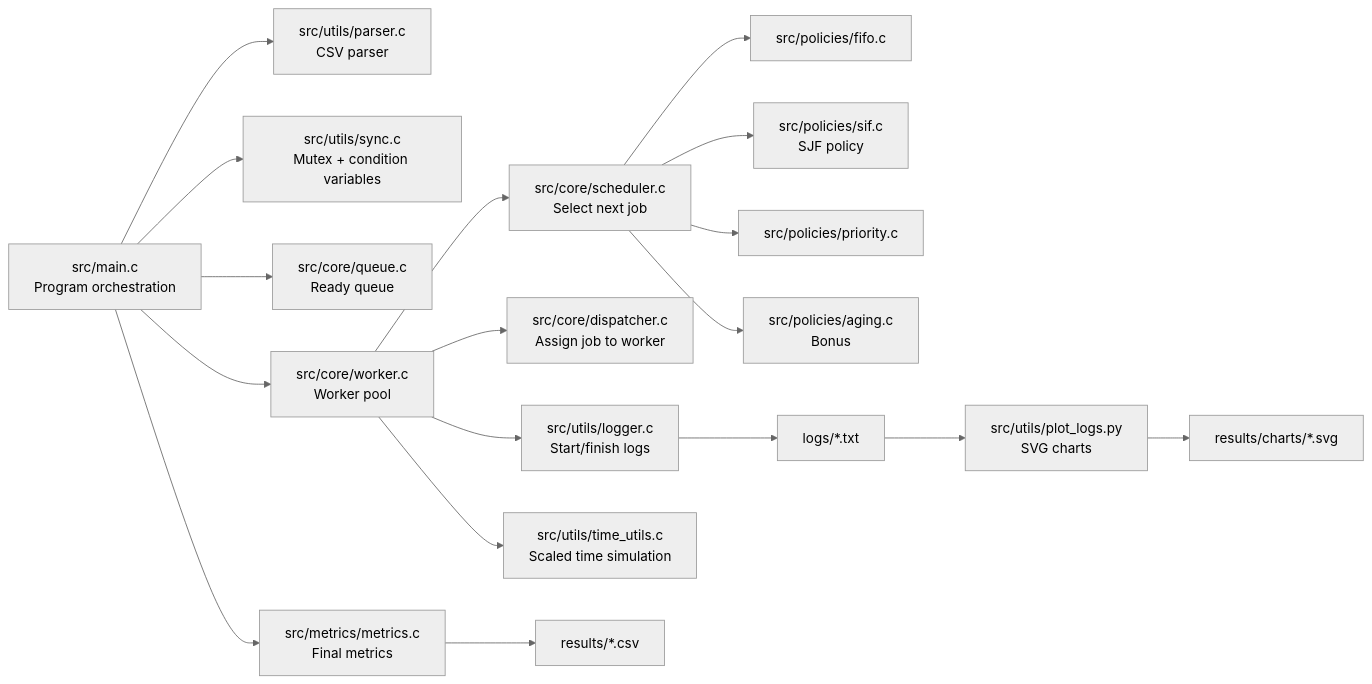
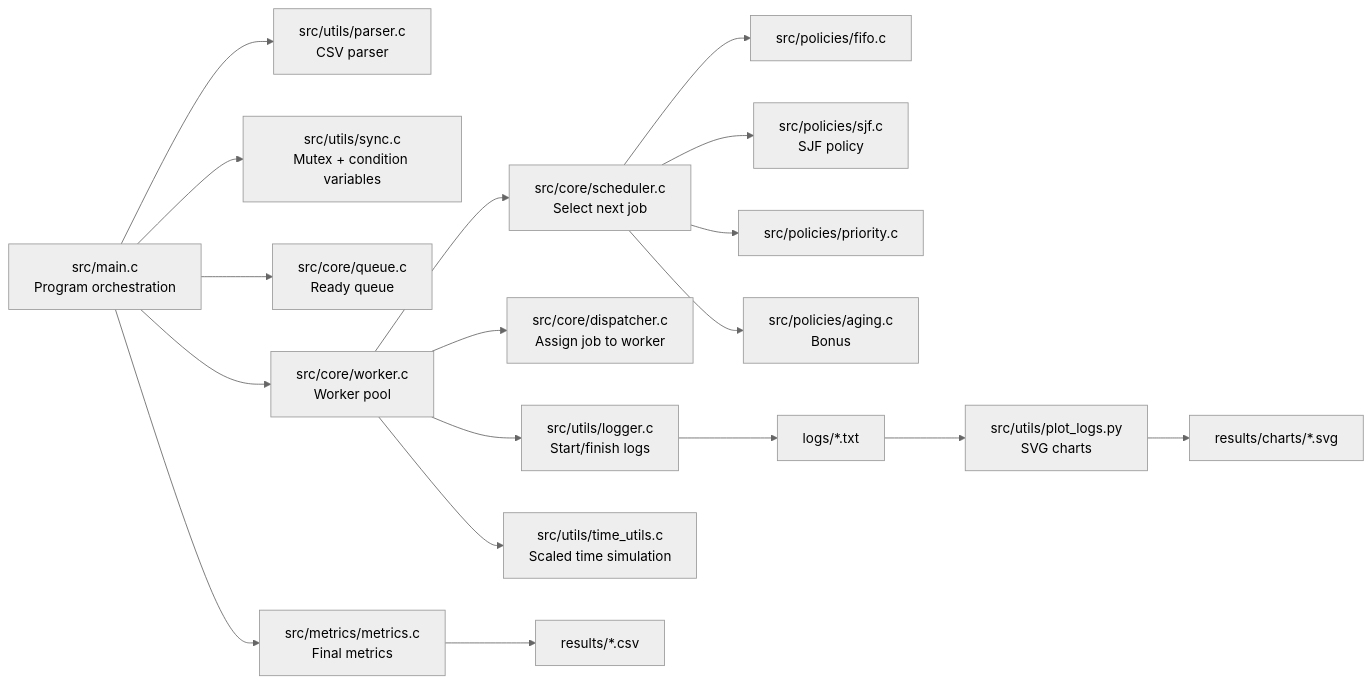
One commit to 5vibecoderhcmut/week_4_lab_OS changed the second of 5 diagrams in docs/project_workflow.md. Above: the diagram before and after it, drawn with Mermaid (neutral theme). The commit also changed 4 other files, not shown here.

Commit message:
Rename SJF policy source file

````diff
--- a/docs/project_workflow.md
+++ b/docs/project_workflow.md
@@ -41,23 +41,23 @@
 ```mermaid
 flowchart LR
     CLI["src/main.c<br/>Program orchestration"] --> Parser["src/utils/parser.c<br/>CSV parser"]
     CLI --> Sync["src/utils/sync.c<br/>Mutex + condition variables"]
     CLI --> Queue["src/core/queue.c<br/>Ready queue"]
     CLI --> Worker["src/core/worker.c<br/>Worker pool"]
     CLI --> Metrics["src/metrics/metrics.c<br/>Final metrics"]
 
     Worker --> Scheduler["src/core/scheduler.c<br/>Select next job"]
     Worker --> Dispatcher["src/core/dispatcher.c<br/>Assign job to worker"]
     Worker --> Logger["src/utils/logger.c<br/>Start/finish logs"]
     Worker --> Time["src/utils/time_utils.c<br/>Scaled time simulation"]
 
     Scheduler --> FIFO["src/policies/fifo.c"]
-    Scheduler --> SJF["src/policies/sif.c<br/>SJF policy"]
+    Scheduler --> SJF["src/policies/sjf.c<br/>SJF policy"]
     Scheduler --> Priority["src/policies/priority.c"]
     Scheduler --> Aging["src/policies/aging.c<br/>Bonus"]
 
     Logger --> Logs["logs/*.txt"]
     Metrics --> Summary["results/*.csv"]
     Logs --> Charts["src/utils/plot_logs.py<br/>SVG charts"]
     Charts --> ChartOut["results/charts/*.svg"]
 ```
````
